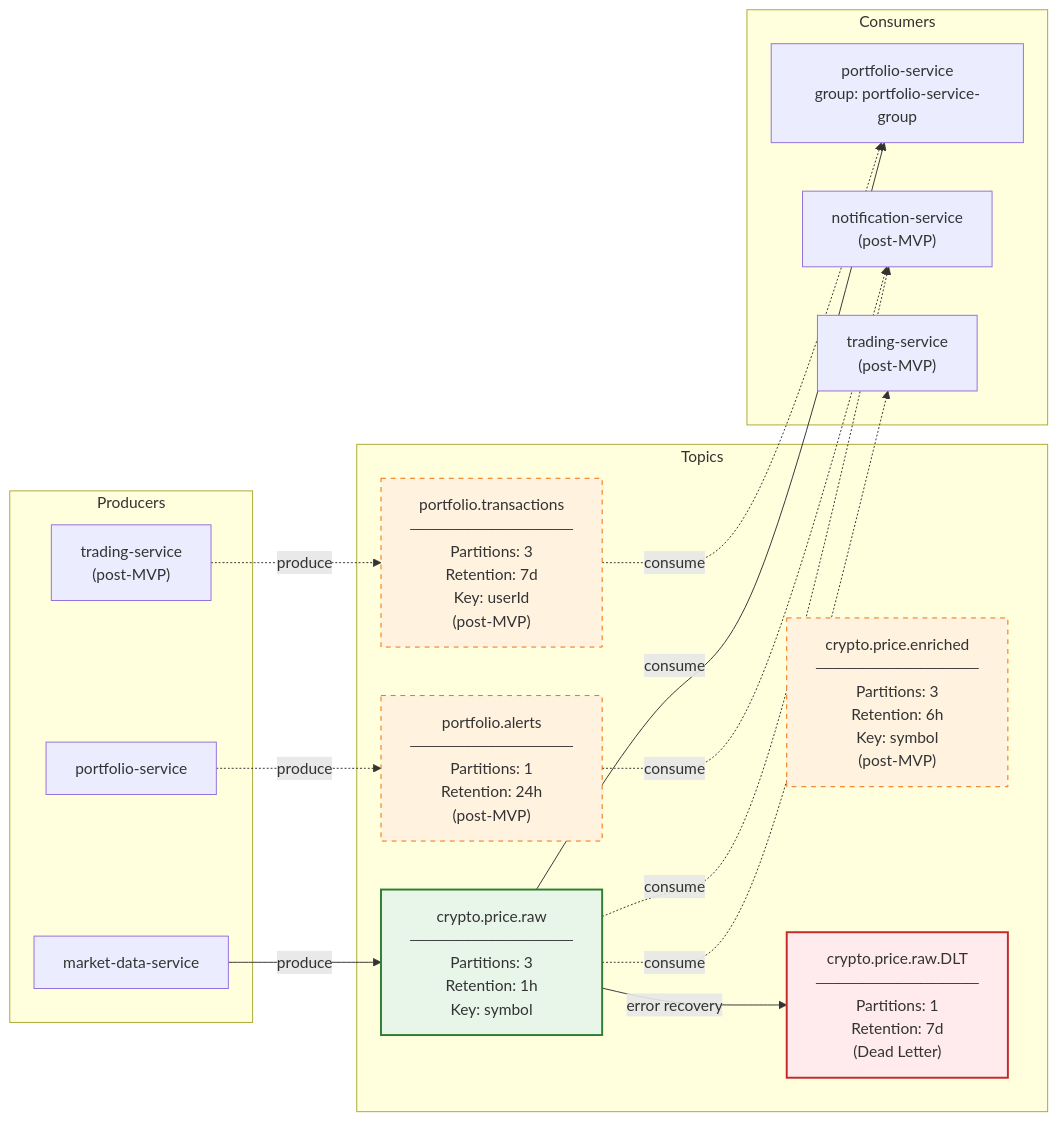
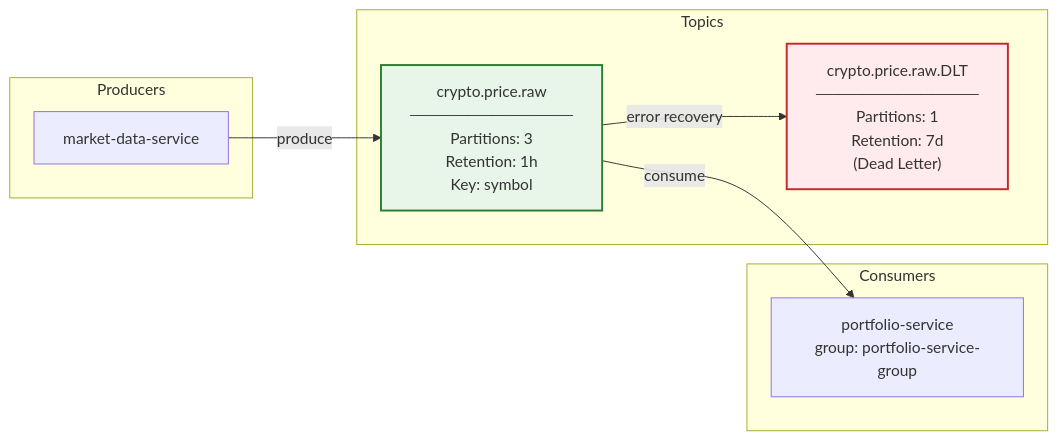
One commit to cyrilgabriele/EDPO-Project-FS26 changed the first of 2 diagrams in docs/diagrams/kafka-topology.md. Above: the diagram before and after it, drawn with Mermaid. The commit also changed other lines of this file and 3 other files, not shown here.

````diff
--- a/docs/diagrams/kafka-topology.md
+++ b/docs/diagrams/kafka-topology.md
@@ -5,39 +5,22 @@
 ```mermaid
 graph LR
     subgraph Producers
         MDS["market-data-service"]
-        PS_P["portfolio-service"]
-        TS["trading-service<br/>(post-MVP)"]
     end
 
     subgraph Topics
         CPR["crypto.price.raw<br/>──────────────<br/>Partitions: 3<br/>Retention: 1h<br/>Key: symbol"]
-        CPE["crypto.price.enriched<br/>──────────────<br/>Partitions: 3<br/>Retention: 6h<br/>Key: symbol<br/>(post-MVP)"]
-        PT["portfolio.transactions<br/>──────────────<br/>Partitions: 3<br/>Retention: 7d<br/>Key: userId<br/>(post-MVP)"]
-        PA["portfolio.alerts<br/>──────────────<br/>Partitions: 1<br/>Retention: 24h<br/>(post-MVP)"]
         DLT["crypto.price.raw.DLT<br/>──────────────<br/>Partitions: 1<br/>Retention: 7d<br/>(Dead Letter)"]
     end
 
     subgraph Consumers
         PS_C["portfolio-service<br/>group: portfolio-service-group"]
-        NS["notification-service<br/>(post-MVP)"]
-        TS_C["trading-service<br/>(post-MVP)"]
     end
 
     MDS -->|produce| CPR
-    PS_P -.->|produce| PA
-    TS -.->|produce| PT
-
     CPR -->|consume| PS_C
-    CPR -.->|consume| TS_C
-    CPR -.->|consume| NS
-    PA -.->|consume| NS
-    PT -.->|consume| PS_C
     CPR -->|error recovery| DLT
 
     style CPR fill:#e8f5e9,stroke:#2e7d32,stroke-width:2px
     style DLT fill:#ffebee,stroke:#c62828,stroke-width:2px
-    style CPE fill:#fff3e0,stroke:#ef6c00,stroke-dasharray: 5 5
-    style PT fill:#fff3e0,stroke:#ef6c00,stroke-dasharray: 5 5
-    style PA fill:#fff3e0,stroke:#ef6c00,stroke-dasharray: 5 5
 ```
````
